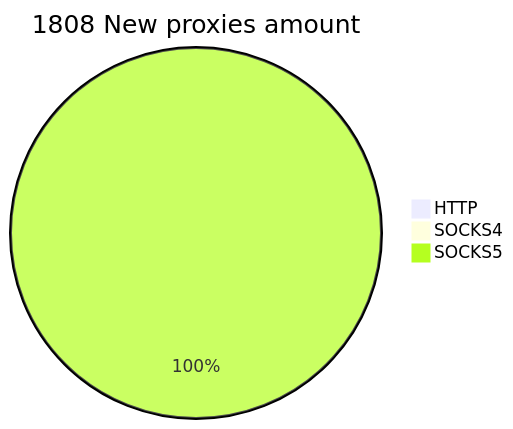
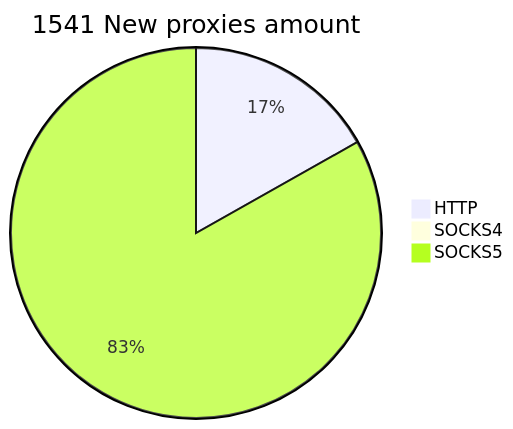
The second of 2 diagrams in README.md (cutipu/proxylist), drawn with Mermaid before and after one commit. The commit also changed other lines of this file, not shown here.

````diff
--- a/README.md
+++ b/README.md
@@ -10,6 +10,6 @@
 ```mermaid
-pie title 1808 New proxies amount
-    "HTTP" : 0
+pie title 1541 New proxies amount
+    "HTTP" : 376
     "SOCKS4" : 0
-    "SOCKS5" : 2358
+    "SOCKS5" : 1858
 ```
````
